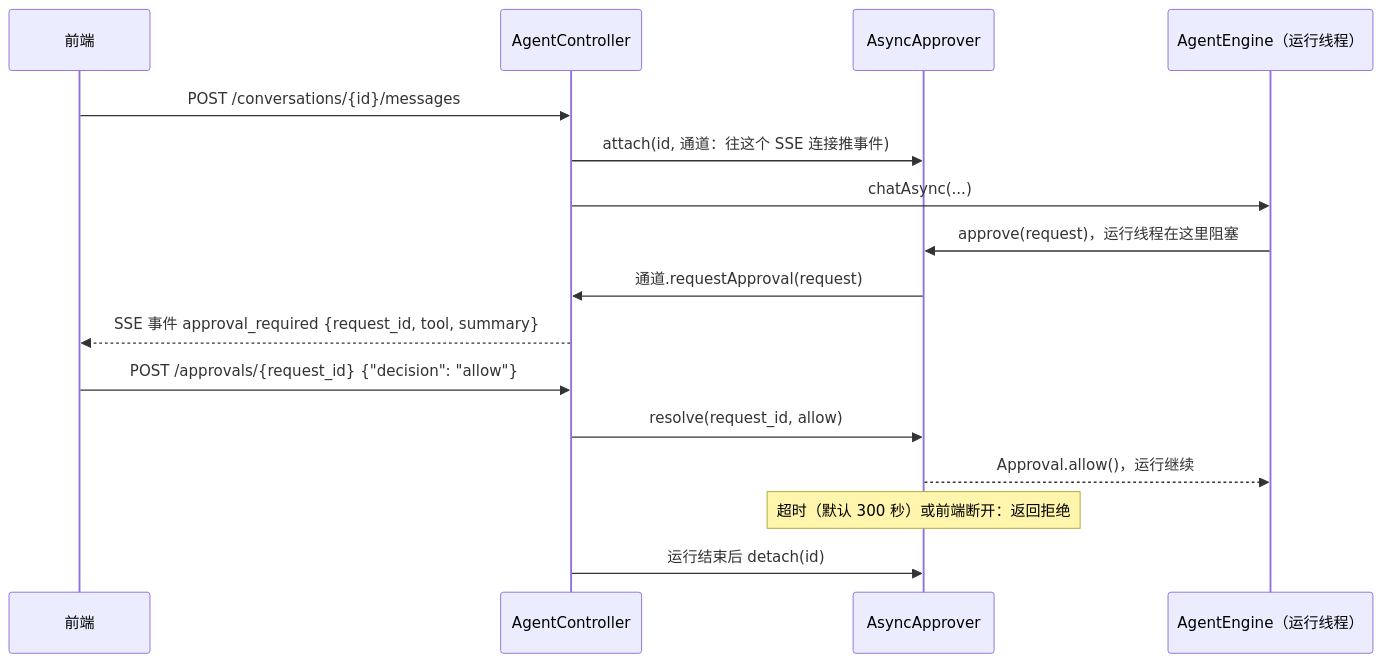
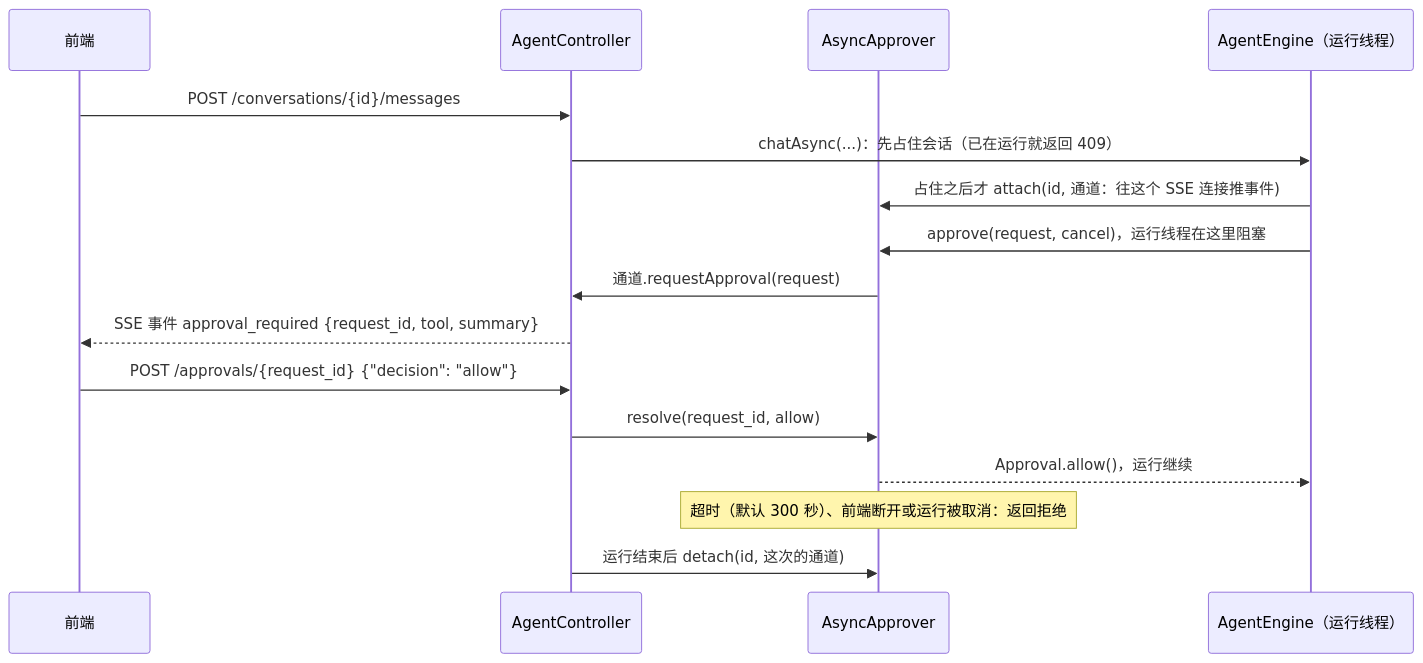
One commit to stackJx/agent-java changed the third of 5 diagrams in docs/04-tools-and-permissions.md. Above: the diagram before and after it, drawn with Mermaid. The commit also changed other lines of this file and 116 other files, not shown here.

````diff
--- a/docs/04-tools-and-permissions.md
+++ b/docs/04-tools-and-permissions.md
@@ -145,19 +163,19 @@
 ```mermaid
 sequenceDiagram
     participant FE as 前端
     participant HTTP as AgentController
     participant AA as AsyncApprover
     participant Eng as AgentEngine（运行线程）
 
     FE->>HTTP: POST /conversations/{id}/messages
-    HTTP->>AA: attach(id, 通道：往这个 SSE 连接推事件)
-    HTTP->>Eng: chatAsync(...)
-    Eng->>AA: approve(request)，运行线程在这里阻塞
+    HTTP->>Eng: chatAsync(...)：先占住会话（已在运行就返回 409）
+    Eng->>AA: 占住之后才 attach(id, 通道：往这个 SSE 连接推事件)
+    Eng->>AA: approve(request, cancel)，运行线程在这里阻塞
     AA->>HTTP: 通道.requestApproval(request)
     HTTP-->>FE: SSE 事件 approval_required {request_id, tool, summary}
     FE->>HTTP: POST /approvals/{request_id} {"decision": "allow"}
     HTTP->>AA: resolve(request_id, allow)
     AA-->>Eng: Approval.allow()，运行继续
-    Note over AA: 超时（默认 300 秒）或前端断开：返回拒绝
-    HTTP->>AA: 运行结束后 detach(id)
+    Note over AA: 超时（默认 300 秒）、前端断开或运行被取消：返回拒绝
+    HTTP->>AA: 运行结束后 detach(id, 这次的通道)
 ```
````
